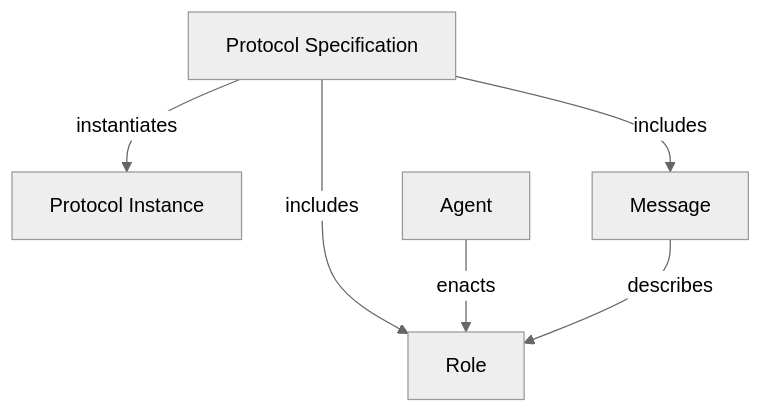
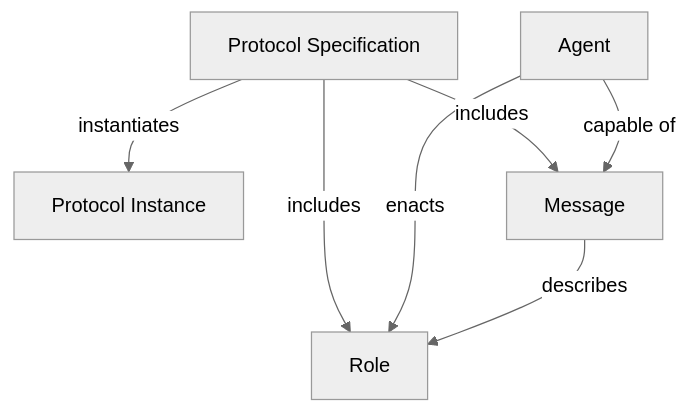
One commit to KaiTries/MasterThesis changed the first of 2 diagrams in docs/MetaModel.md. Above: the diagram before and after it, drawn with Mermaid (neutral theme).

Commit message:
metamodel

````diff
--- a/docs/MetaModel.md
+++ b/docs/MetaModel.md
@@ -5,10 +5,11 @@
 ```mermaid
 graph TD
     A[Protocol Specification] -->|instantiates| B[Protocol Instance]
     A -->|includes| C[Message]
     A -->|includes| D[Role]
     E[Agent] -->|enacts| D
+    E -->|capable of| C
     C -->|describes| D
 
 
 ```
````
